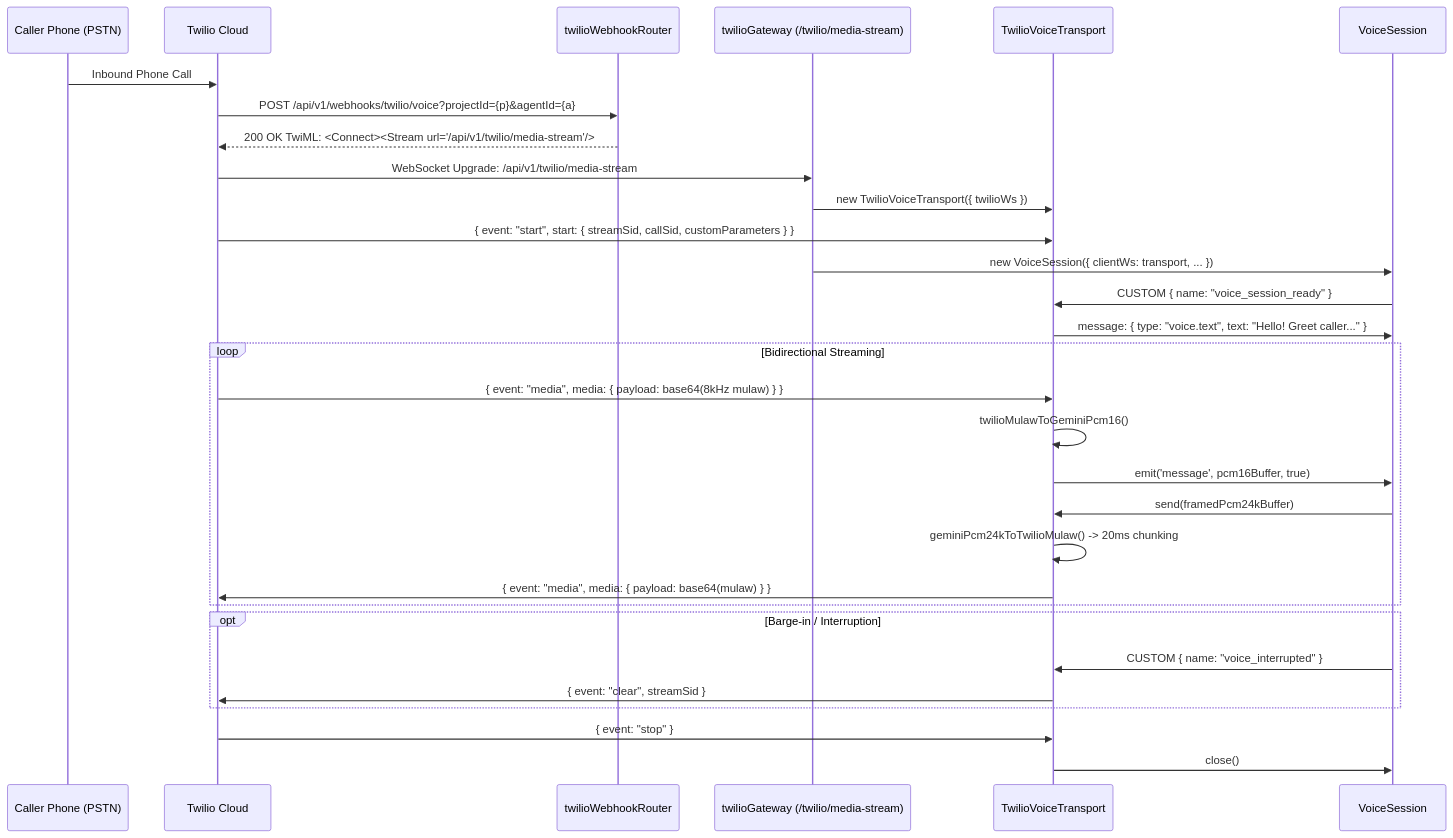
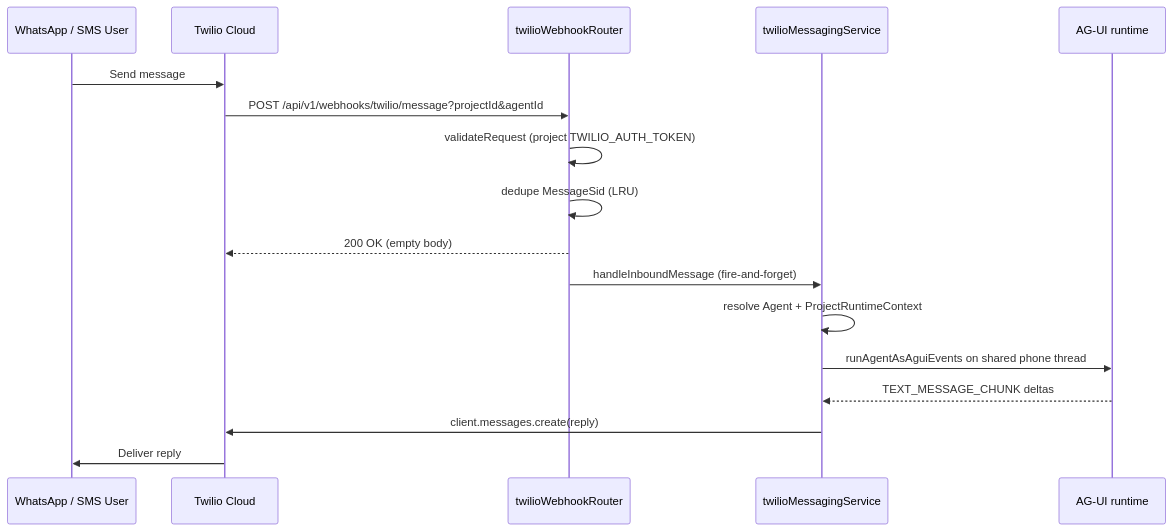
One commit to hasanraiyan/agent-marketplace changed the diagram in agent-backend/docs/modules/twilio.md. Above: the diagram before and after it, drawn with Mermaid. The commit also changed other lines of this file and 10 other files, not shown here.

First line of the commit message:
feat(twilio): add messaging routes and service for SMS/WhatsApp handling

````diff
--- a/agent-backend/docs/modules/twilio.md
+++ b/agent-backend/docs/modules/twilio.md
@@ -38,36 +51,20 @@
 ```mermaid
 sequenceDiagram
-    participant PSTN as Caller Phone (PSTN)
+    participant User as WhatsApp / SMS User
     participant Twilio as Twilio Cloud
-    participant Webhook as twilioWebhookRouter
-    participant Gateway as twilioGateway (/twilio/media-stream)
-    participant Transport as TwilioVoiceTransport
-    participant VS as VoiceSession
+    participant Hook as twilioWebhookRouter
+    participant Msg as twilioMessagingService
+    participant Agent as AG-UI runtime
 
-    PSTN->>Twilio: Inbound Phone Call
-    Twilio->>Webhook: POST /api/v1/webhooks/twilio/voice?projectId={p}&agentId={a}
-    Webhook-->>Twilio: 200 OK TwiML: <Connect><Stream url="/api/v1/twilio/media-stream"/>
-    Twilio->>Gateway: WebSocket Upgrade: /api/v1/twilio/media-stream
-    Gateway->>Transport: new TwilioVoiceTransport({ twilioWs })
-    Twilio->>Transport: { event: "start", start: { streamSid, callSid, customParameters } }
-    Gateway->>VS: new VoiceSession({ clientWs: transport, ... })
-    VS->>Transport: CUSTOM { name: "voice_session_ready" }
-    Transport->>VS: message: { type: "voice.text", text: "Hello! Greet caller..." }
-
-    loop Bidirectional Streaming
-        Twilio->>Transport: { event: "media", media: { payload: base64(8kHz mulaw) } }
-        Transport->>Transport: twilioMulawToGeminiPcm16()
-        Transport->>VS: emit('message', pcm16Buffer, true)
-        VS->>Transport: send(framedPcm24kBuffer)
-        Transport->>Transport: geminiPcm24kToTwilioMulaw() -> 20ms chunking
-        Transport->>Twilio: { event: "media", media: { payload: base64(mulaw) } }
-    end
-
-    opt Barge-in / Interruption
-        VS->>Transport: CUSTOM { name: "voice_interrupted" }
-        Transport->>Twilio: { event: "clear", streamSid }
-    end
-
-    Twilio->>Transport: { event: "stop" }
-    Transport->>VS: close()
+    User->>Twilio: Send message
+    Twilio->>Hook: POST /api/v1/webhooks/twilio/message?projectId&agentId
+    Hook->>Hook: validateRequest (project TWILIO_AUTH_TOKEN)
+    Hook->>Hook: dedupe MessageSid (LRU)
+    Hook-->>Twilio: 200 OK (empty body)
+    Hook->>Msg: handleInboundMessage (fire-and-forget)
+    Msg->>Msg: resolve Agent + ProjectRuntimeContext
+    Msg->>Agent: runAgentAsAguiEvents on shared phone thread
+    Agent-->>Msg: TEXT_MESSAGE_CHUNK deltas
+    Msg->>Twilio: client.messages.create(reply)
+    Twilio->>User: Deliver reply
 ```
````
